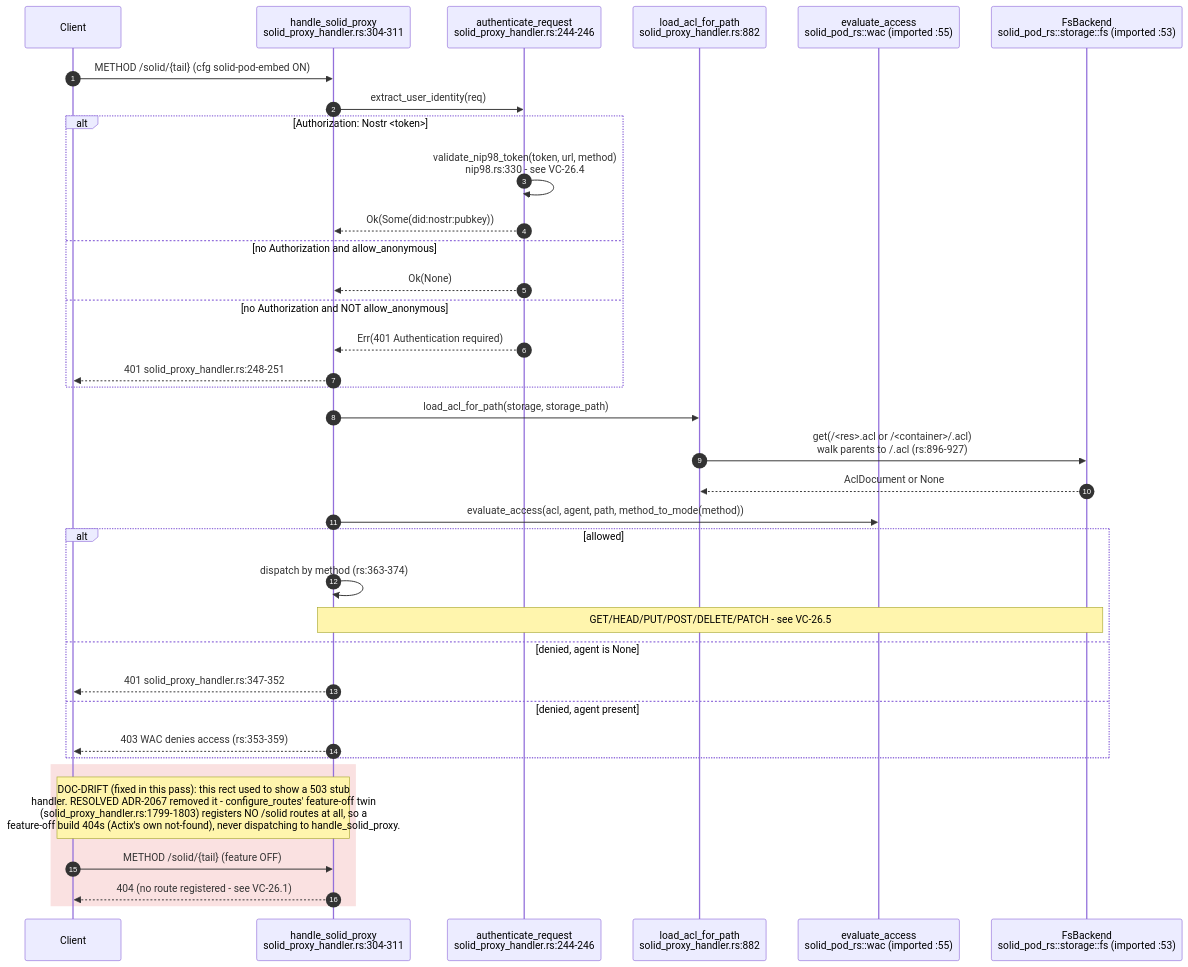
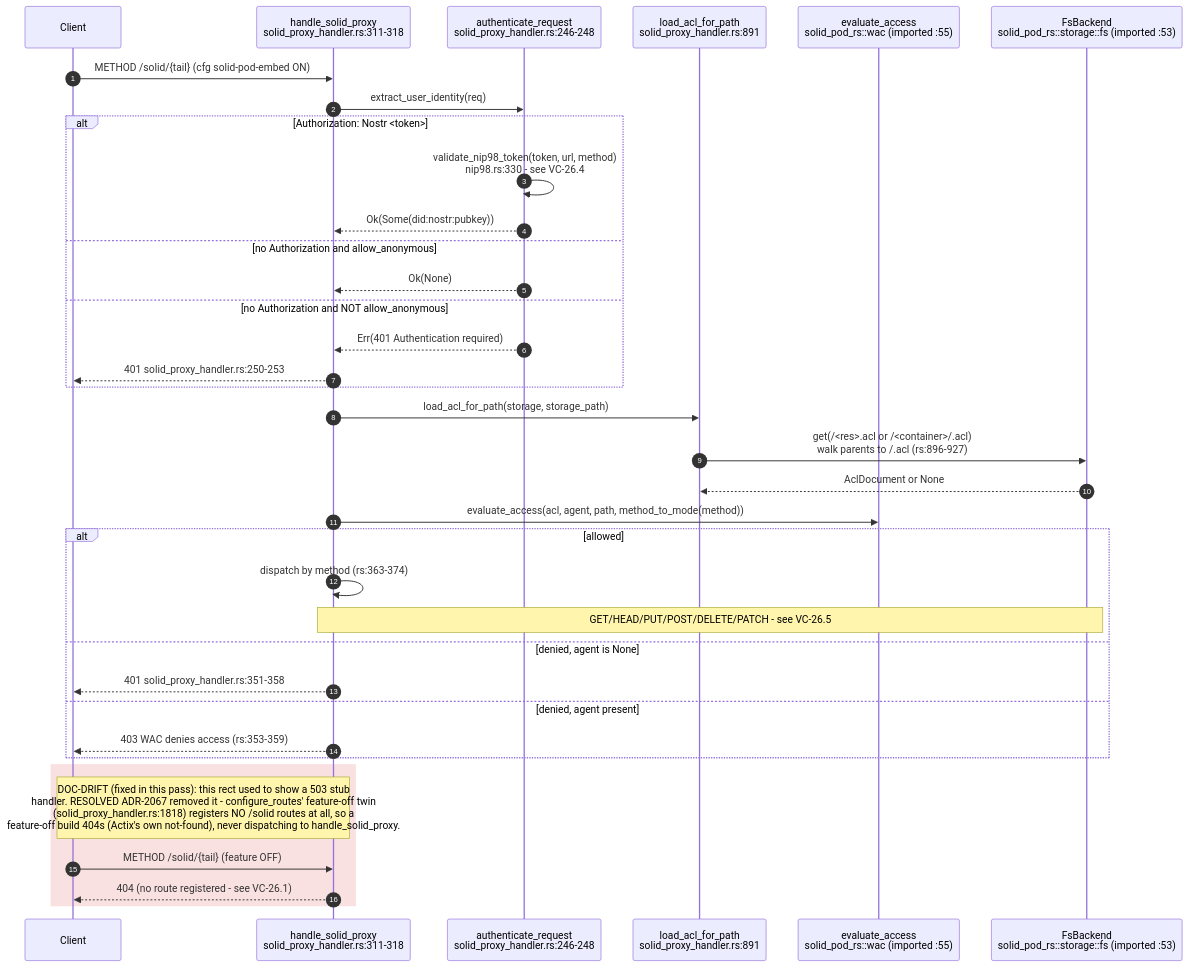
One commit to DreamLab-AI/VisionFlow changed the second of 13 diagrams in docs/diagrams/visionclaw/26-solid-pod-and-jss.md. Above: the diagram before and after it, drawn with Mermaid. The commit also changed other lines of this file and 111 other files, not shown here.

Commit message:
docs(diagrams): align estate maps with current source

````diff
--- a/docs/diagrams/visionclaw/26-solid-pod-and-jss.md
+++ b/docs/diagrams/visionclaw/26-solid-pod-and-jss.md
@@ -86,40 +86,40 @@
 ```mermaid
 sequenceDiagram
     autonumber
     participant C as Client
-    participant H as handle_solid_proxy<br/>solid_proxy_handler.rs:304-311
-    participant AUTH as authenticate_request<br/>solid_proxy_handler.rs:244-246
-    participant ACL as load_acl_for_path<br/>solid_proxy_handler.rs:882
+    participant H as handle_solid_proxy<br/>solid_proxy_handler.rs:311-318
+    participant AUTH as authenticate_request<br/>solid_proxy_handler.rs:246-248
+    participant ACL as load_acl_for_path<br/>solid_proxy_handler.rs:891
     participant WAC as evaluate_access<br/>solid_pod_rs::wac (imported :55)
     participant FS as FsBackend<br/>solid_pod_rs::storage::fs (imported :53)
 
     C->>H: METHOD /solid/{tail} (cfg solid-pod-embed ON)
     H->>AUTH: extract_user_identity(req)
     alt Authorization: Nostr <token>
         AUTH->>AUTH: validate_nip98_token(token, url, method)<br/>nip98.rs:330 - see VC-26.4
         AUTH-->>H: Ok(Some(did:nostr:pubkey))
     else no Authorization and allow_anonymous
         AUTH-->>H: Ok(None)
     else no Authorization and NOT allow_anonymous
         AUTH-->>H: Err(401 Authentication required)
-        H-->>C: 401 solid_proxy_handler.rs:248-251
+        H-->>C: 401 solid_proxy_handler.rs:250-253
     end
     H->>ACL: load_acl_for_path(storage, storage_path)
     ACL->>FS: get(/<res>.acl or /<container>/.acl)<br/>walk parents to /.acl (rs:896-927)
     FS-->>ACL: AclDocument or None
     H->>WAC: evaluate_access(acl, agent, path, method_to_mode(method))
     alt allowed
         H->>H: dispatch by method (rs:363-374)
         Note over H,FS: GET/HEAD/PUT/POST/DELETE/PATCH - see VC-26.5
     else denied, agent is None
-        H-->>C: 401 solid_proxy_handler.rs:347-352
+        H-->>C: 401 solid_proxy_handler.rs:351-358
     else denied, agent present
         H-->>C: 403 WAC denies access (rs:353-359)
     end
 
     rect rgb(250,225,225)
-    Note over C,H: DOC-DRIFT (fixed in this pass): this rect used to show a 503 stub<br/>handler. RESOLVED ADR-2067 removed it - configure_routes' feature-off twin<br/>(solid_proxy_handler.rs:1799-1803) registers NO /solid routes at all, so a<br/>feature-off build 404s (Actix's own not-found), never dispatching to handle_solid_proxy.
+    Note over C,H: DOC-DRIFT (fixed in this pass): this rect used to show a 503 stub<br/>handler. RESOLVED ADR-2067 removed it - configure_routes' feature-off twin<br/>(solid_proxy_handler.rs:1818) registers NO /solid routes at all, so a<br/>feature-off build 404s (Actix's own not-found), never dispatching to handle_solid_proxy.
     C->>H: METHOD /solid/{tail} (feature OFF)
     H-->>C: 404 (no route registered - see VC-26.1)
     end
 ```
````
